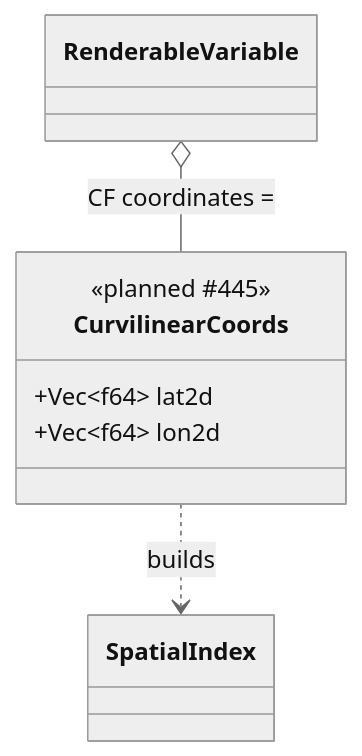
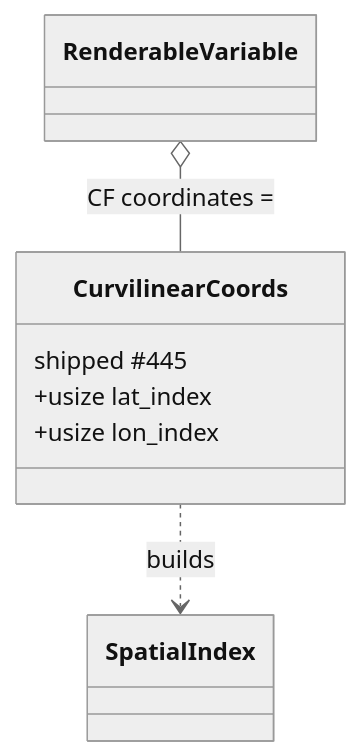
Before and after one commit to D0ubleD0uble/fieldglass: the third of 4 diagrams in docs/architecture/planned/03-composition.md, drawn with Mermaid (neutral theme). The commit also changed other lines of this file and 7 other files, not shown here.

````diff
--- a/docs/architecture/planned/03-composition.md
+++ b/docs/architecture/planned/03-composition.md
@@ -111,11 +112,11 @@
 ```mermaid
 classDiagram
     class RenderableVariable
     class CurvilinearCoords {
-        <<planned #445>>
-        +Vec~f64~ lat2d
-        +Vec~f64~ lon2d
+        shipped #445
+        +usize lat_index
+        +usize lon_index
     }
     RenderableVariable o-- CurvilinearCoords : CF coordinates =
     CurvilinearCoords ..> SpatialIndex : builds
 ```
````
